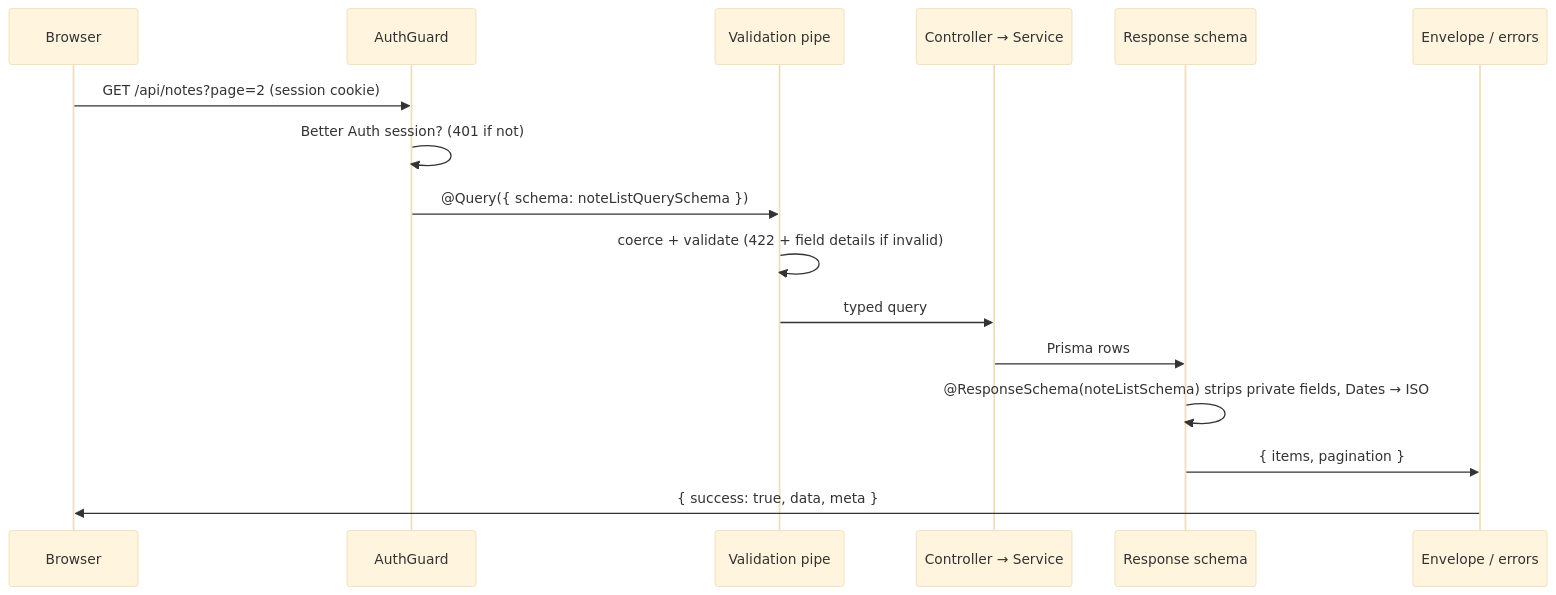
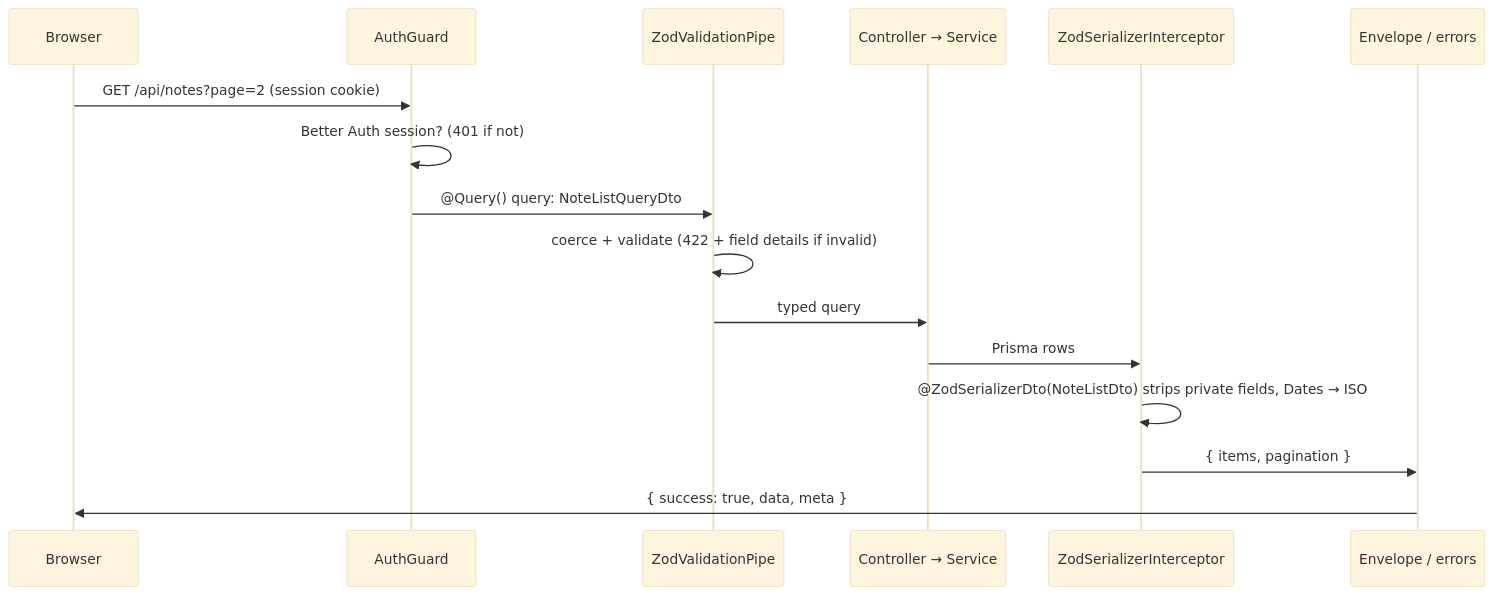
Before and after one commit to nata-t/klin: the second of 3 diagrams in template/packages/docs/architecture.md, drawn with Mermaid (base theme). The commit also changed other lines of this file and 9 other files, not shown here.

````diff
--- a/template/packages/docs/architecture.md
+++ b/template/packages/docs/architecture.md
@@ -40,19 +49,19 @@
 ```mermaid
 sequenceDiagram
   participant B as Browser
   participant G as AuthGuard
-  participant P as Validation pipe
+  participant P as ZodValidationPipe
   participant C as Controller → Service
-  participant S as Response schema
+  participant S as ZodSerializerInterceptor
   participant E as Envelope / errors
 
   B->>G: GET /api/notes?page=2 (session cookie)
   G->>G: Better Auth session? (401 if not)
-  G->>P: @Query({ schema: noteListQuerySchema })
+  G->>P: @Query() query: NoteListQueryDto
   P->>P: coerce + validate (422 + field details if invalid)
   P->>C: typed query
   C->>S: Prisma rows
-  S->>S: @ResponseSchema(noteListSchema) strips private fields, Dates → ISO
+  S->>S: @ZodSerializerDto(NoteListDto) strips private fields, Dates → ISO
   S->>E: { items, pagination }
   E->>B: { success: true, data, meta }
 ```
````
